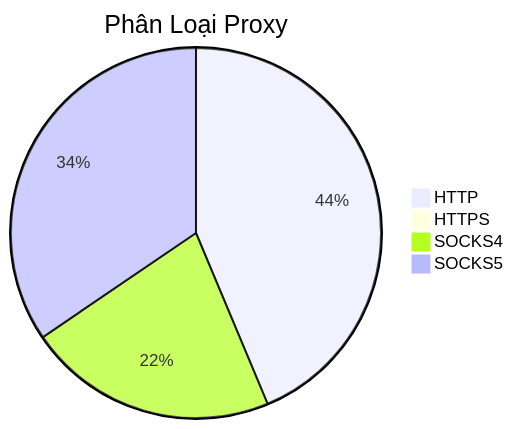
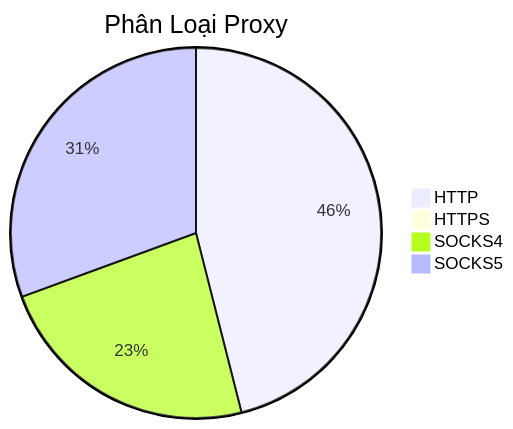
Before and after one commit to Ciara-12/PROXY-free: the diagram in README.md, drawn with Mermaid. The commit also changed other lines of this file and 4 other files, not shown here.

````diff
--- a/README.md
+++ b/README.md
@@ -26,7 +26,7 @@
 ```mermaid
 pie title Phân Loại Proxy
-    "HTTP" : 757
-    "HTTPS" : 2
-    "SOCKS4" : 378
-    "SOCKS5" : 598
+    "HTTP" : 879
+    "HTTPS" : 0
+    "SOCKS4" : 446
+    "SOCKS5" : 584
 ```
````
